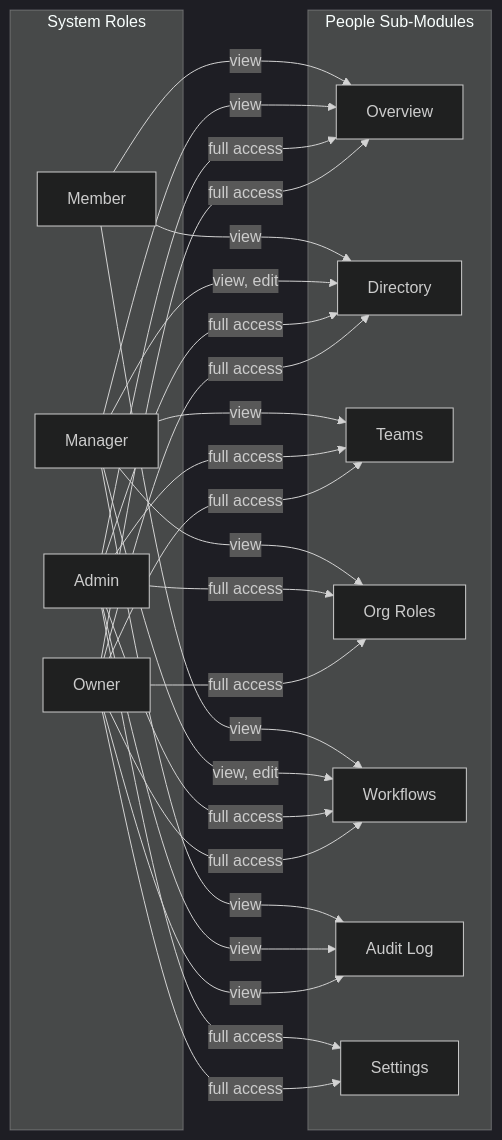
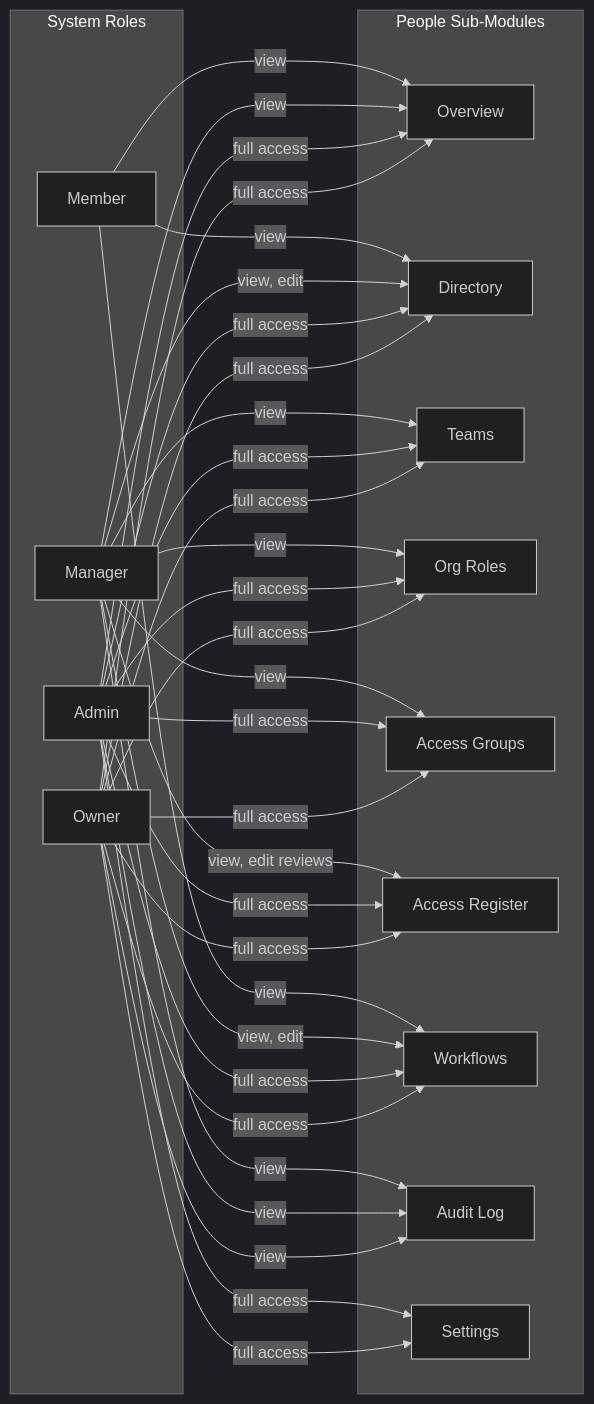
Before and after one commit to stellarsoft-tech/IdaraOS: the eighth of 18 diagrams in docs/modules/people/architecture.md, drawn with Mermaid (dark theme). The commit also changed other lines of this file and 16 other files, not shown here.

Commit message:
feat: added access group and register

````diff
--- a/docs/modules/people/architecture.md
+++ b/docs/modules/people/architecture.md
@@ -426,46 +503,54 @@
 ```mermaid
 graph LR
     subgraph "System Roles"
         OWNER[Owner]
         ADMIN[Admin]
         MANAGER[Manager]
         MEMBER[Member]
     end
     
     subgraph "People Sub-Modules"
         OVR[Overview]
         DIR[Directory]
         TEAMS[Teams]
         ROLES[Org Roles]
+        AG[Access Groups]
+        AR[Access Register]
         WF[Workflows]
         AUD[Audit Log]
         SYNC[Settings]
     end
     
     OWNER -->|full access| OVR
     OWNER -->|full access| DIR
     OWNER -->|full access| TEAMS
     OWNER -->|full access| ROLES
+    OWNER -->|full access| AG
+    OWNER -->|full access| AR
     OWNER -->|full access| WF
     OWNER -->|view| AUD
     OWNER -->|full access| SYNC
     
     ADMIN -->|full access| OVR
     ADMIN -->|full access| DIR
     ADMIN -->|full access| TEAMS
     ADMIN -->|full access| ROLES
+    ADMIN -->|full access| AG
+    ADMIN -->|full access| AR
     ADMIN -->|full access| WF
     ADMIN -->|view| AUD
     ADMIN -->|full access| SYNC
     
     MANAGER -->|view| OVR
     MANAGER -->|view, edit| DIR
     MANAGER -->|view| TEAMS
     MANAGER -->|view| ROLES
+    MANAGER -->|view| AG
+    MANAGER -->|view, edit reviews| AR
     MANAGER -->|view, edit| WF
     MANAGER -->|view| AUD
     
     MEMBER -->|view| OVR
     MEMBER -->|view| DIR
     MEMBER -->|view| WF
 ```
````
